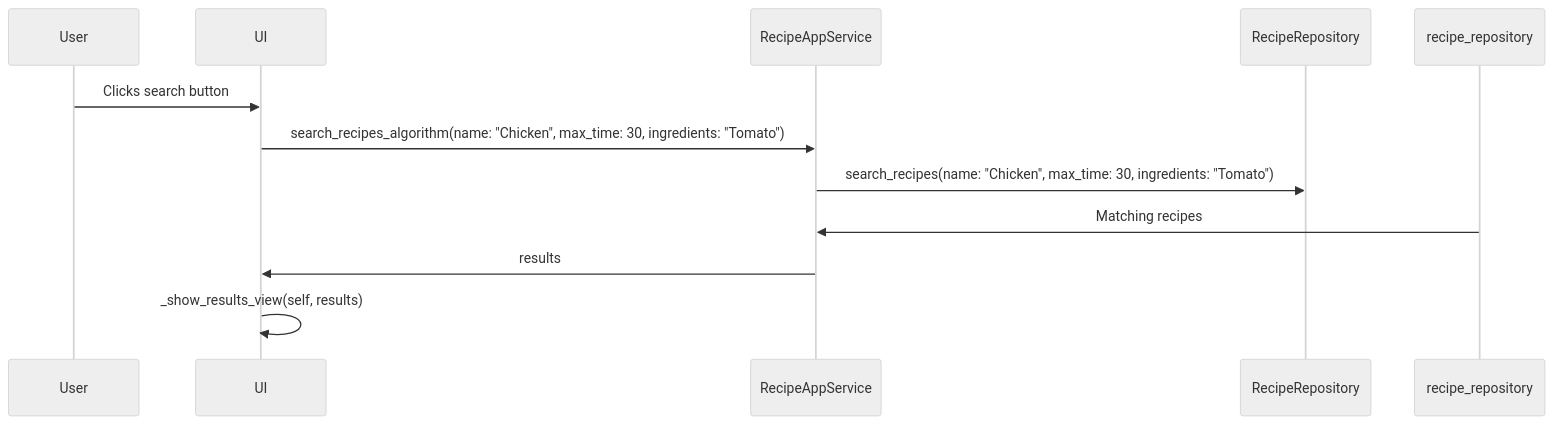
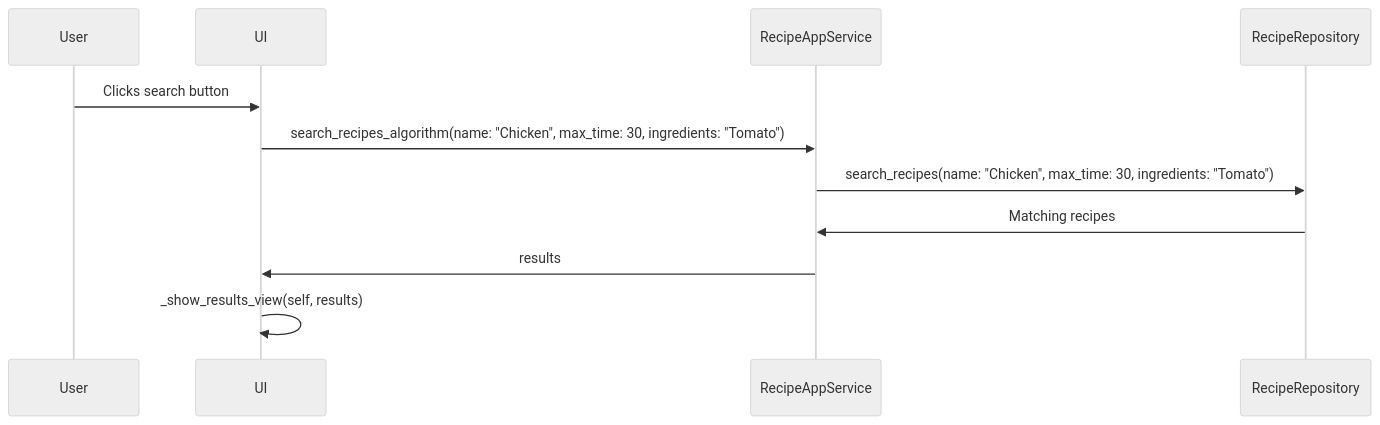
The third of 3 diagrams in recipe-app/documentation/architecture.md (Germuu/ot-harjoitusty-), drawn with Mermaid (neutral theme) before and after one commit.

````diff
--- a/recipe-app/documentation/architecture.md
+++ b/recipe-app/documentation/architecture.md
@@ -101,13 +101,13 @@
 ```mermaid
 sequenceDiagram
   participant User 
   participant UI as UI
   participant RecipeAppService 
   participant RecipeRepository 
   User ->> UI: Clicks search button
   UI ->> RecipeAppService: search_recipes_algorithm(name: "Chicken", max_time: 30, ingredients: "Tomato")
   RecipeAppService ->> RecipeRepository: search_recipes(name: "Chicken", max_time: 30, ingredients: "Tomato")
-  recipe_repository ->> RecipeAppService: Matching recipes
+  RecipeRepository ->> RecipeAppService: Matching recipes
   RecipeAppService ->> UI: results
   UI ->> UI: _show_results_view(self, results)
 ```
````
